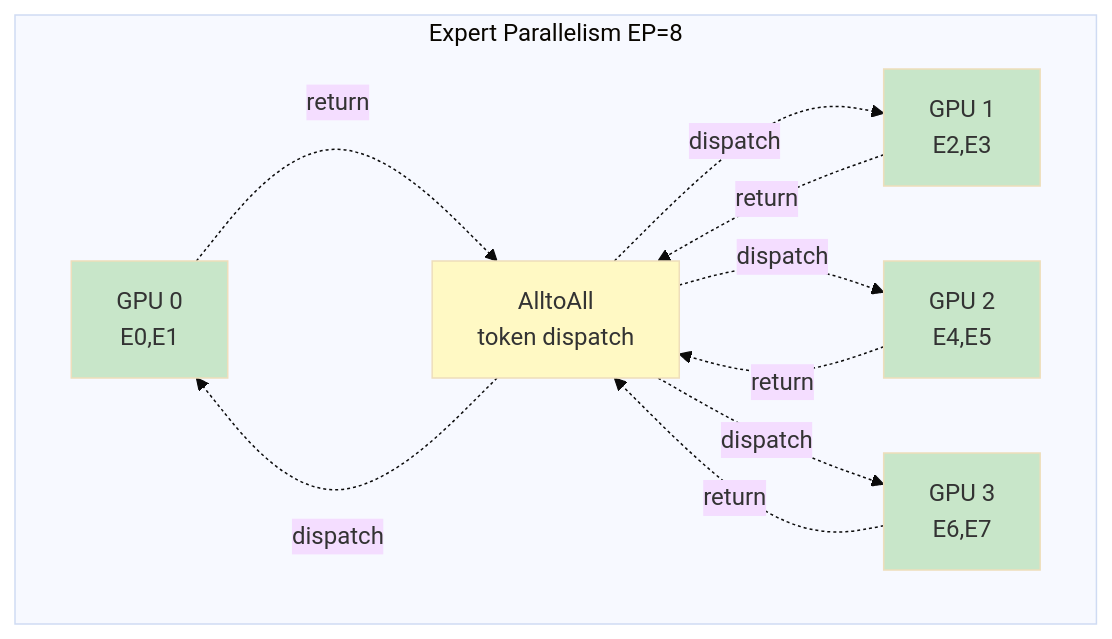
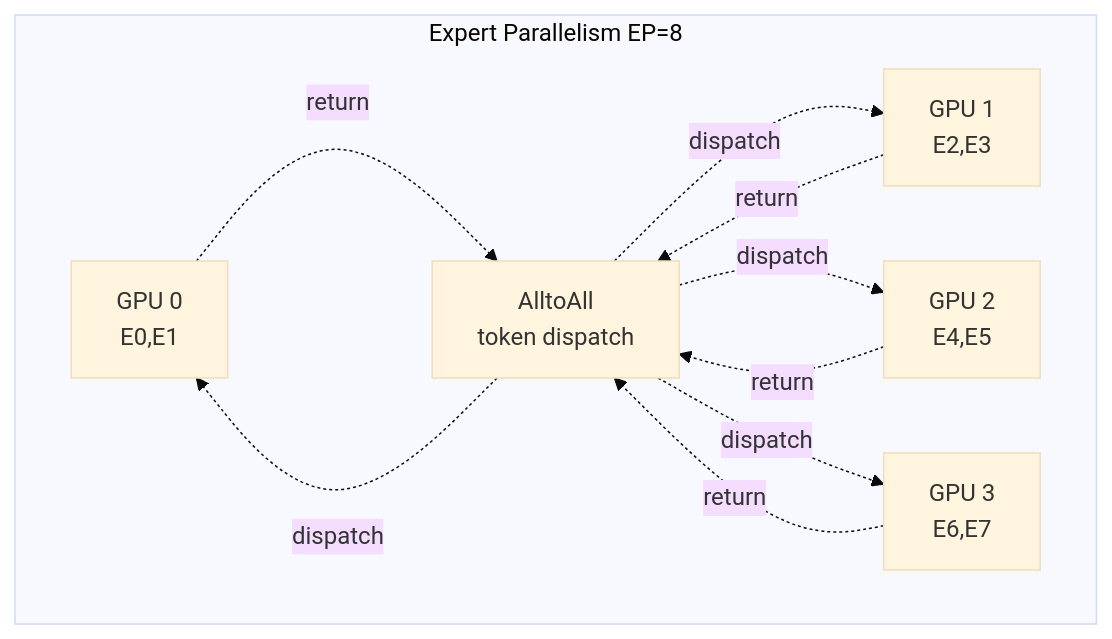
Before and after one commit to farhanshaikh-fslabs/anatomy-of-inference-serving: diagram 12 of 39 in README.md, drawn with Mermaid (base theme). The commit also changed other lines of this file, not shown here.

````diff
--- a/README.md
+++ b/README.md
@@ -561,27 +561,27 @@
 ```mermaid
 graph TB
     subgraph EP["Expert Parallelism EP=8"]
         GPU0["GPU 0<br/>E0,E1"]
         GPU1["GPU 1<br/>E2,E3"]
         GPU2["GPU 2<br/>E4,E5"]
         GPU3["GPU 3<br/>E6,E7"]
         
         AlltoAll["AlltoAll<br/>token dispatch"]
         
         GPU0 -.->|return| AlltoAll
         GPU1 -.->|return| AlltoAll
         GPU2 -.->|return| AlltoAll
         GPU3 -.->|return| AlltoAll
         
         AlltoAll -.->|dispatch| GPU0
         AlltoAll -.->|dispatch| GPU1
         AlltoAll -.->|dispatch| GPU2
         AlltoAll -.->|dispatch| GPU3
     end
     
-    style GPU0 fill:#c8e6c9
-    style GPU1 fill:#c8e6c9
-    style GPU2 fill:#c8e6c9
-    style GPU3 fill:#c8e6c9
-    style AlltoAll fill:#fff9c4
+
+
+
+
+
 ```
````
